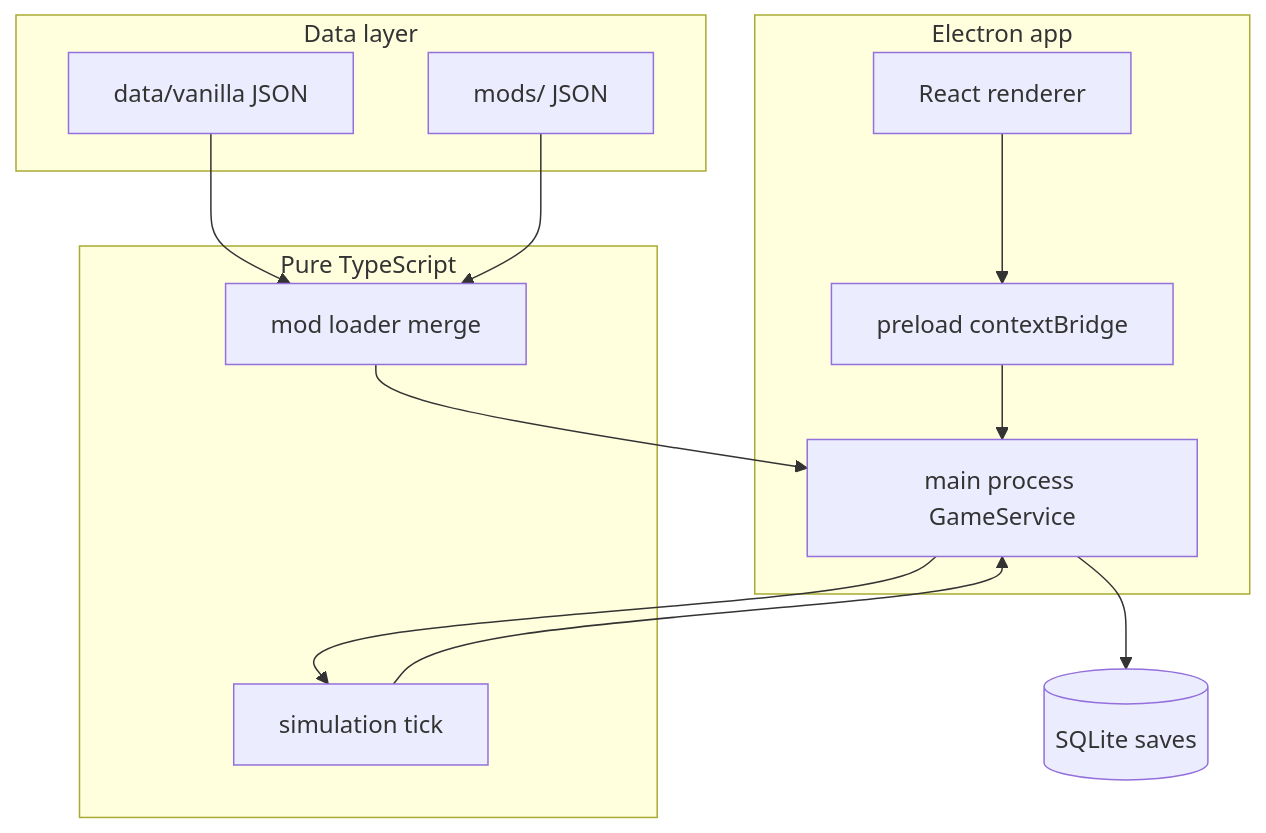
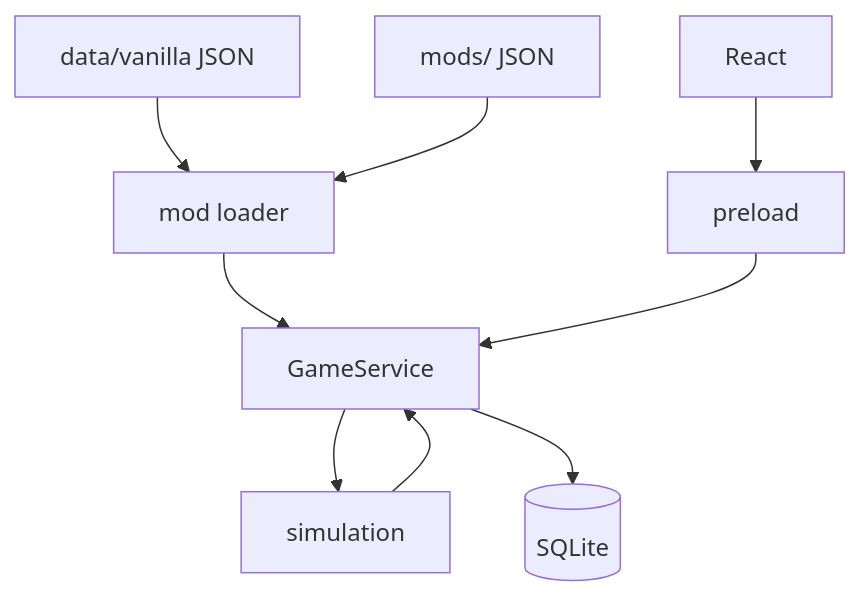
Before and after one commit to Beagle0913/Stellar-Ledger: the diagram in README.md, drawn with Mermaid. The commit also changed other lines of this file and 10 other files, not shown here.

````diff
--- a/README.md
+++ b/README.md
@@ -300,24 +152,10 @@
 ```mermaid
 flowchart TB
-  subgraph content [Data layer]
-    vanilla[data/vanilla JSON]
-    extmods[mods/ JSON]
-  end
-  subgraph electron [Electron app]
-    renderer[React renderer]
-    preload[preload contextBridge]
-    main[main process GameService]
-  end
-  subgraph core [Pure TypeScript]
-    sim[simulation tick]
-    mods[mod loader merge]
-  end
-  db[(SQLite saves)]
-  vanilla --> mods
-  extmods --> mods
-  mods --> main
-  renderer --> preload --> main
-  main --> sim
-  main --> db
+  vanilla[data/vanilla JSON] --> mods[mod loader]
+  extmods[mods/ JSON] --> mods
+  mods --> main[GameService]
+  renderer[React] --> preload --> main
+  main --> sim[simulation]
+  main --> db[(SQLite)]
   sim --> main
 ```
````
